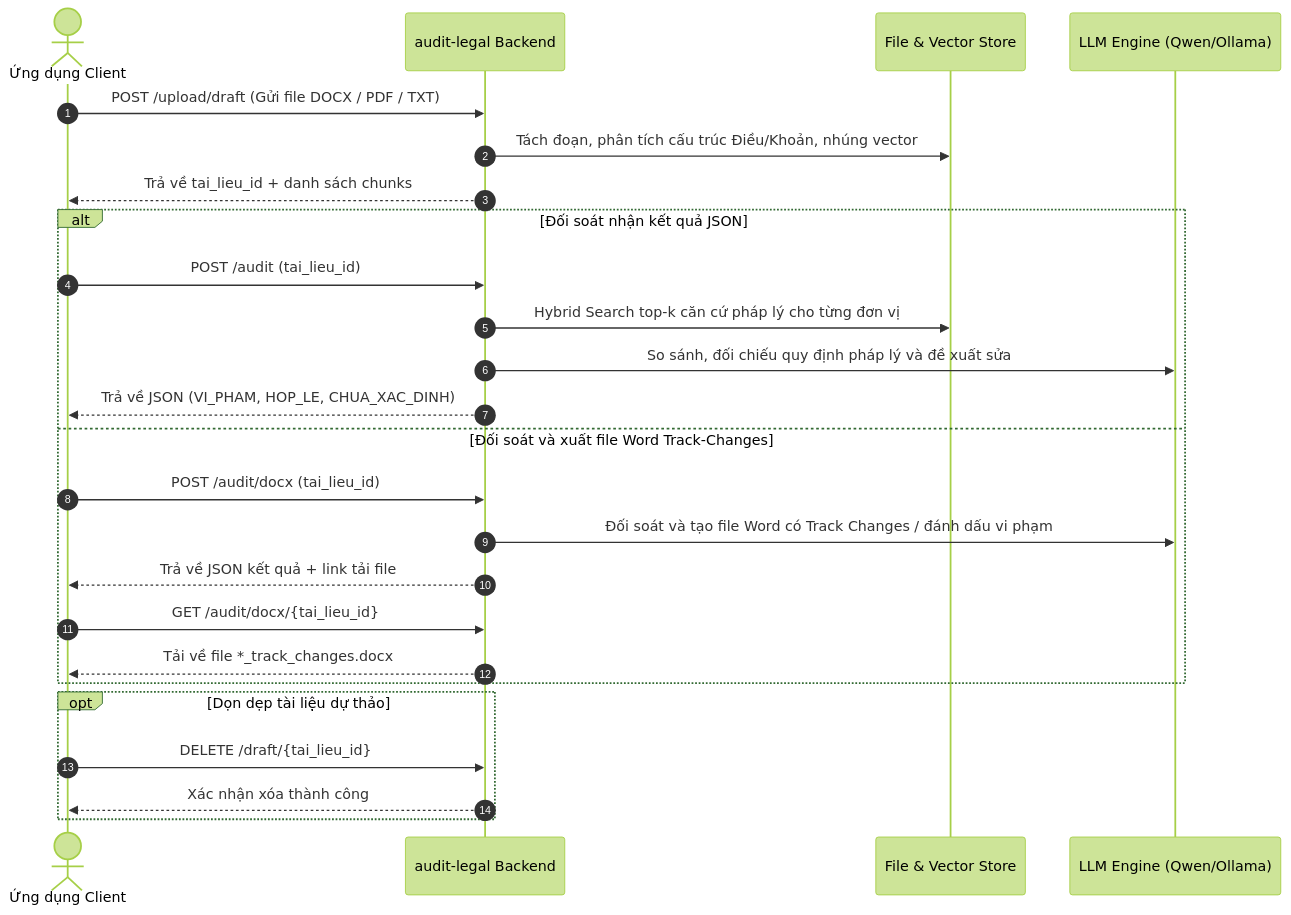
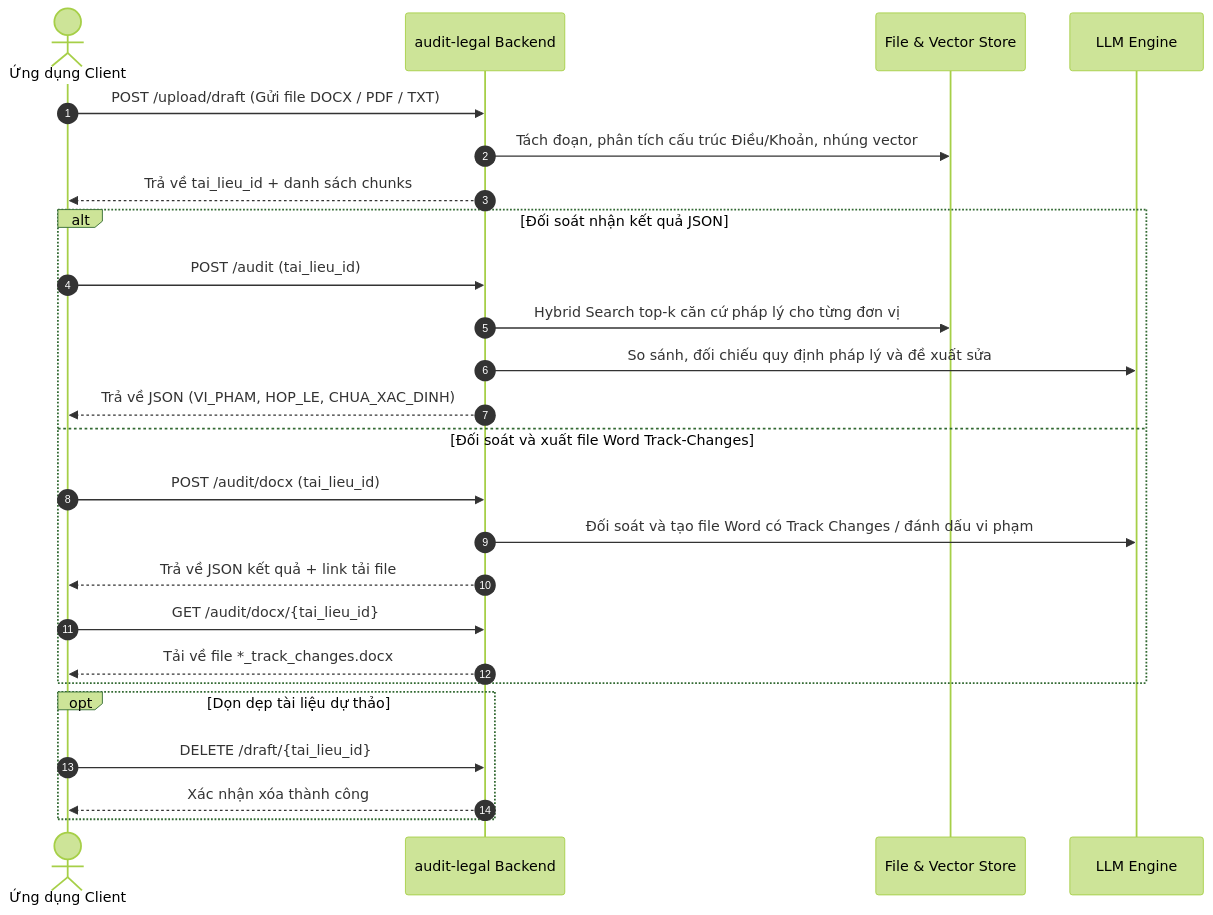
Before and after one commit to pvhung05/ai-semantic-search-legal-audit: the diagram in API_INTEGRATION.md, drawn with Mermaid (forest theme). The commit also changed other lines of this file, not shown here.

````diff
--- a/API_INTEGRATION.md
+++ b/API_INTEGRATION.md
@@ -26,30 +26,30 @@
 ```mermaid
 sequenceDiagram
     autonumber
     actor Client as Ứng dụng Client
     participant API as audit-legal Backend
     participant Storage as File & Vector Store
-    participant LLM as LLM Engine (Qwen/Ollama)
+    participant LLM as LLM Engine
 
     Client->>API: POST /upload/draft (Gửi file DOCX / PDF / TXT)
     API->>Storage: Tách đoạn, phân tích cấu trúc Điều/Khoản, nhúng vector
     API-->>Client: Trả về tai_lieu_id + danh sách chunks
     
     alt Đối soát nhận kết quả JSON
         Client->>API: POST /audit (tai_lieu_id)
         API->>Storage: Hybrid Search top-k căn cứ pháp lý cho từng đơn vị
         API->>LLM: So sánh, đối chiếu quy định pháp lý và đề xuất sửa
         API-->>Client: Trả về JSON (VI_PHAM, HOP_LE, CHUA_XAC_DINH)
     else Đối soát và xuất file Word Track-Changes
         Client->>API: POST /audit/docx (tai_lieu_id)
         API->>LLM: Đối soát và tạo file Word có Track Changes / đánh dấu vi phạm
         API-->>Client: Trả về JSON kết quả + link tải file
         Client->>API: GET /audit/docx/{tai_lieu_id}
         API-->>Client: Tải về file *_track_changes.docx
     end
 
     opt Dọn dẹp tài liệu dự thảo
         Client->>API: DELETE /draft/{tai_lieu_id}
         API-->>Client: Xác nhận xóa thành công
     end
 ```
````
